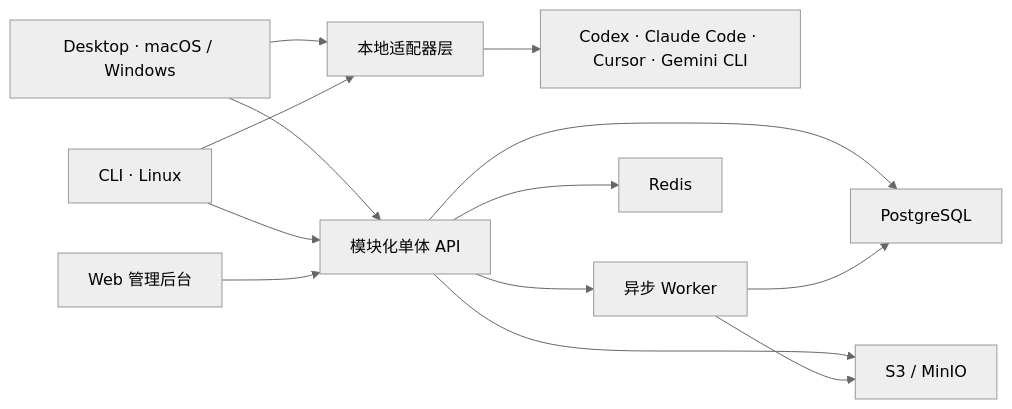
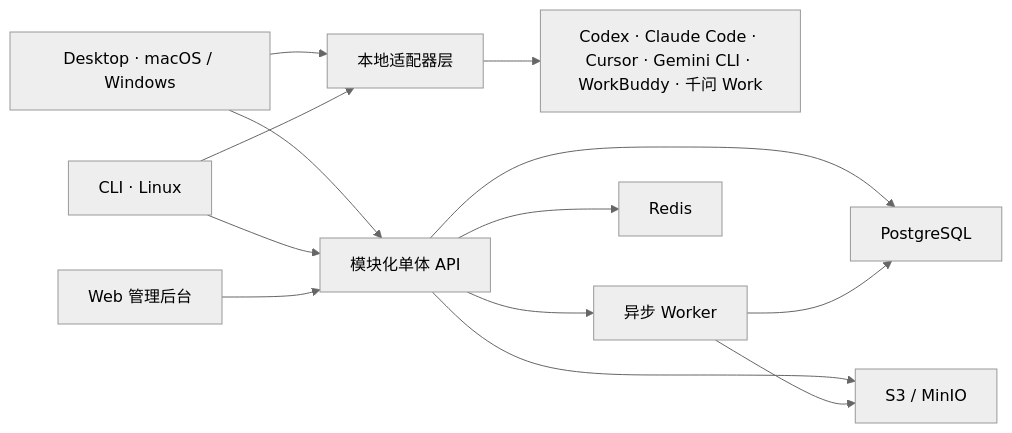
The diagram in README.md (qiujunbiao/CapaPort), drawn with Mermaid (neutral theme) before and after one commit. The commit also changed other lines of this file and 7 other files, not shown here.

Commit message:
docs: publish WorkBuddy and QwenWork compatibility

````diff
--- a/README.md
+++ b/README.md
@@ -42,15 +42,15 @@
 ```mermaid
 flowchart LR
   Desktop["Desktop · macOS / Windows"] --> API["模块化单体 API"]
   CLI["CLI · Linux"] --> API
   Web["Web 管理后台"] --> API
   Desktop --> Adapters["本地适配器层"]
   CLI --> Adapters
-  Adapters --> Tools["Codex · Claude Code · Cursor · Gemini CLI"]
+  Adapters --> Tools["Codex · Claude Code · Cursor · Gemini CLI · WorkBuddy · 千问 Work"]
   API --> Worker["异步 Worker"]
   API --> Postgres["PostgreSQL"]
   API --> Redis["Redis"]
   API --> Object["S3 / MinIO"]
   Worker --> Postgres
   Worker --> Object
 ```
````
